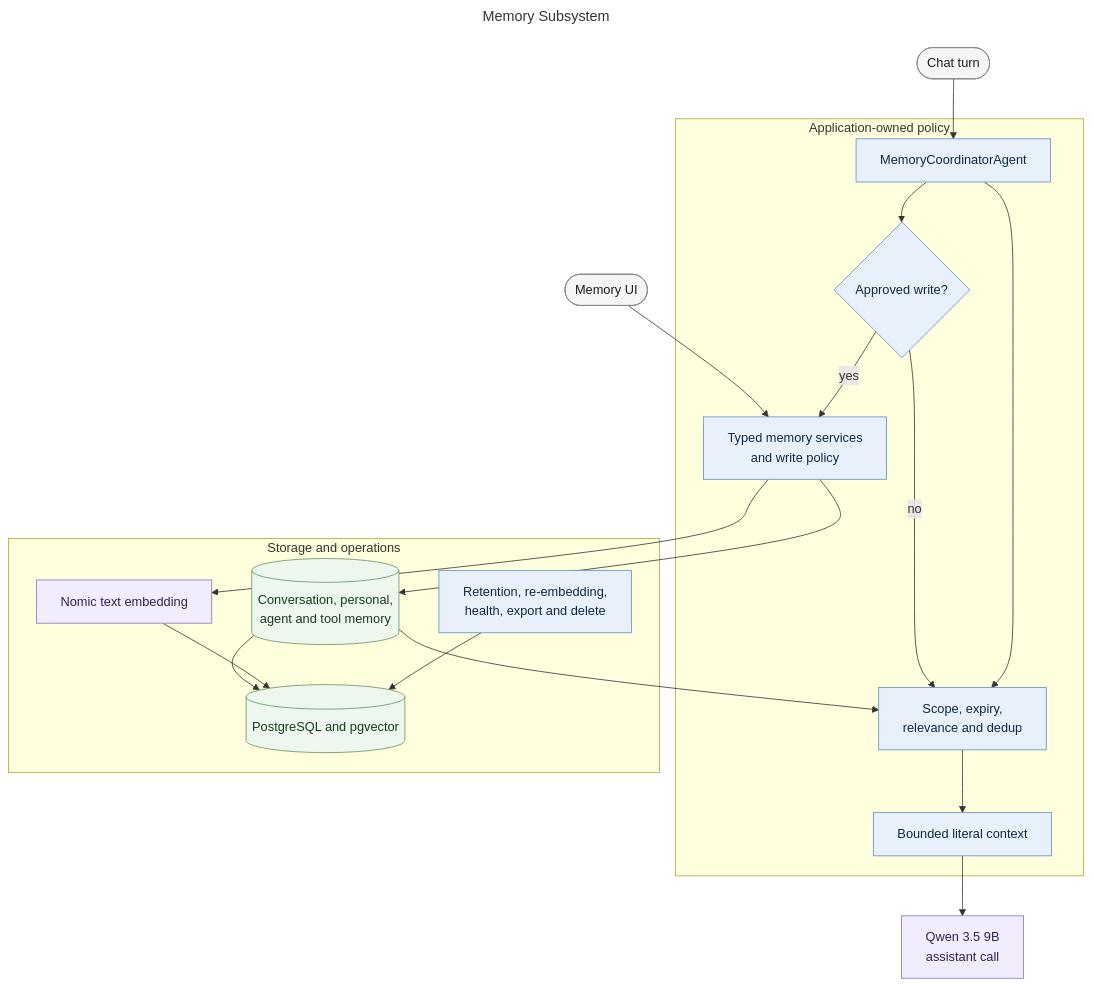
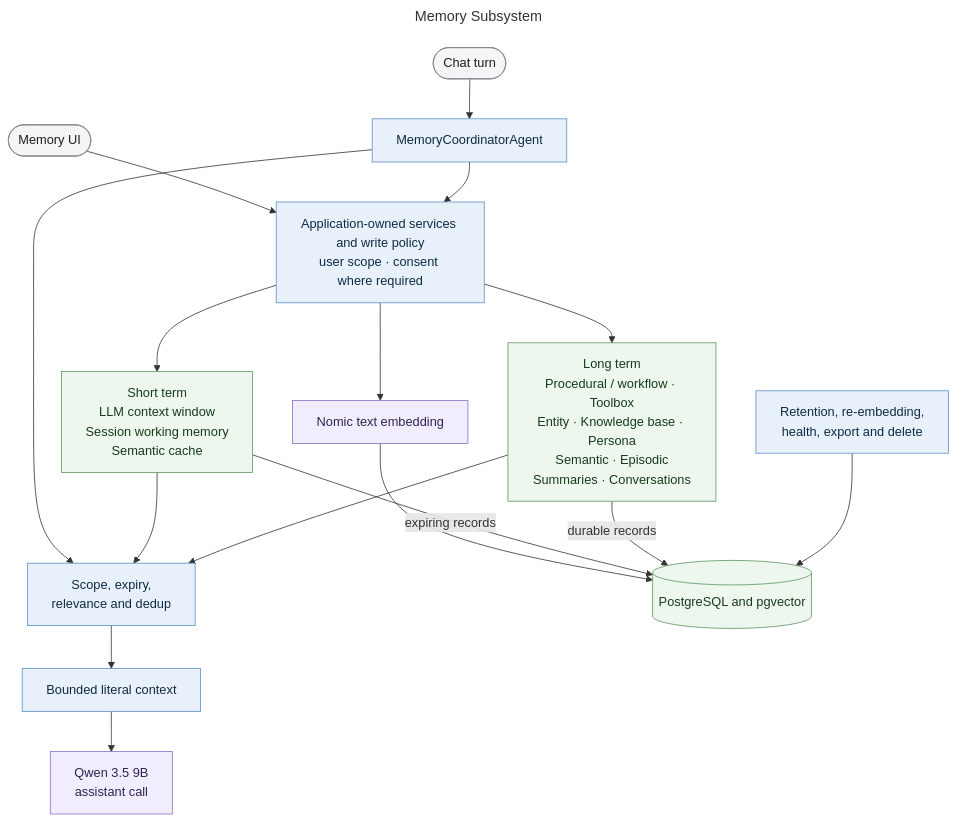
The diagram in docs/diagrams/memory-subsystem.mmd (MallyaAni/PersonalAssistant), drawn with Mermaid before and after one commit. The commit also changed 6 other files, not shown here.

Commit message:
docs: restore memory taxonomy in diagrams

```diff
--- a/docs/diagrams/memory-subsystem.mmd
+++ b/docs/diagrams/memory-subsystem.mmd
@@ -1,46 +1,43 @@
 ---
 title: Memory Subsystem
 ---
 flowchart TB
     Chat([Chat turn])
     UI([Memory UI])
 
-    subgraph Policy[Application-owned policy]
-        Coordinator[MemoryCoordinatorAgent]
-        Consent{Approved write?}
-        Services[Typed memory services<br/>and write policy]
-        Retrieval[Scope, expiry,<br/>relevance and dedup]
-        Context[Bounded literal context]
-    end
+    Coordinator[MemoryCoordinatorAgent]
+    Services[Application-owned services and write policy<br/>user scope · consent where required]
+    Retrieval[Scope, expiry,<br/>relevance and dedup]
+    Context[Bounded literal context]
 
-    subgraph Infrastructure[Storage and operations]
-        Records[(Conversation, personal,<br/>agent and tool memory)]
-        TextEmbed[Nomic text embedding]
-        Database[(PostgreSQL and pgvector)]
-        Maintenance[Retention, re-embedding,<br/>health, export and delete]
-        Records --> Database
-        TextEmbed --> Database
-        Maintenance --> Database
-    end
+    Short[Short term<br/>LLM context window<br/>Session working memory<br/>Semantic cache]
+    Long[Long term<br/>Procedural / workflow · Toolbox<br/>Entity · Knowledge base · Persona<br/>Semantic · Episodic<br/>Summaries · Conversations]
+
+    TextEmbed[Nomic text embedding]
+    Database[(PostgreSQL and pgvector)]
+    Maintenance[Retention, re-embedding,<br/>health, export and delete]
 
     Main[Qwen 3.5 9B<br/>assistant call]
 
     Chat --> Coordinator
     UI --> Services
-    Coordinator --> Consent
-    Consent -->|yes| Services
-    Consent -->|no| Retrieval
-    Services --> Records
-    Services --> TextEmbed
+    Coordinator --> Services
+    Services --> Short
+    Services --> Long
     Coordinator --> Retrieval
-    Records --> Retrieval
+    Short --> Retrieval
+    Long --> Retrieval
     Retrieval --> Context --> Main
+    Services --> TextEmbed --> Database
+    Short -->|expiring records| Database
+    Long -->|durable records| Database
+    Maintenance --> Database
 
     classDef interface fill:#f5f5f7,stroke:#86868b,color:#1d1d1f;
     classDef application fill:#e8f1fb,stroke:#5e8fc4,color:#102a43;
     classDef data fill:#eef7ee,stroke:#5f9562,color:#183b1b;
     classDef model fill:#f1edff,stroke:#8872c6,color:#2e2450;
     class Chat,UI interface;
-    class Consent,Coordinator,Services,Retrieval,Context,Maintenance application;
-    class Records,Database data;
+    class Coordinator,Services,Retrieval,Context,Maintenance application;
+    class Short,Long,Database data;
     class TextEmbed,Main model;
```
